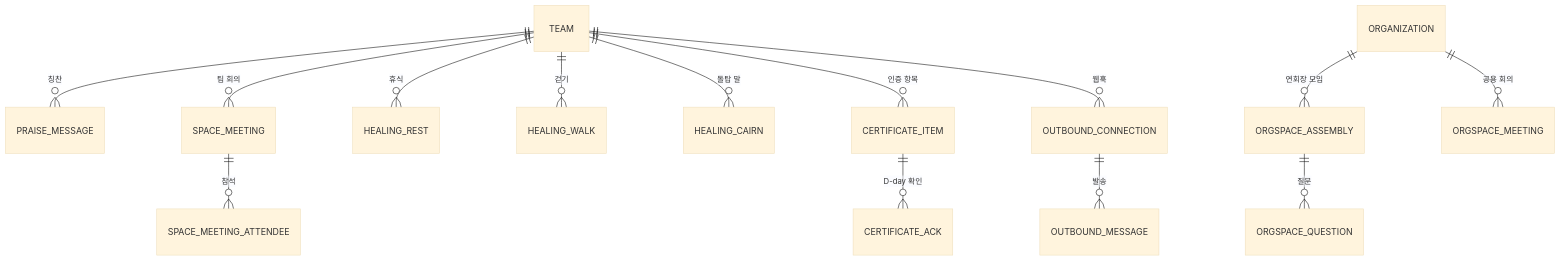
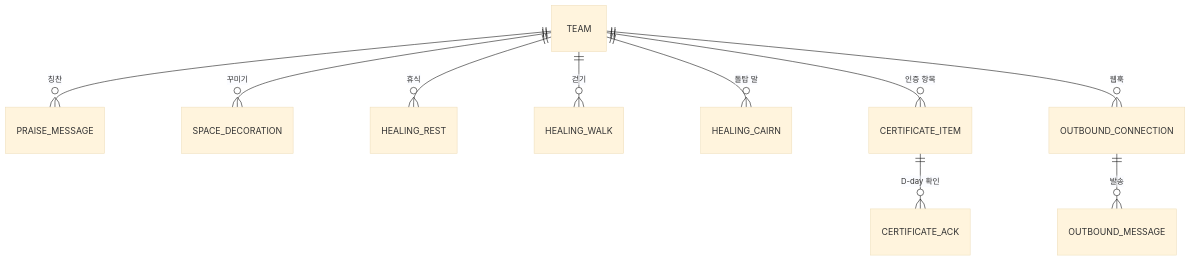
The sixth of 6 diagrams in docs/domain/model.md (poseybutter/reberu), drawn with Mermaid (base theme) before and after one commit. The commit also changed other lines of this file and 11 other files, not shown here.

````diff
--- a/docs/domain/model.md
+++ b/docs/domain/model.md
@@ -595,16 +604,12 @@
 ```mermaid
 erDiagram
     TEAM ||--o{ PRAISE_MESSAGE : "칭찬"
-    TEAM ||--o{ SPACE_MEETING : "팀 회의"
-    SPACE_MEETING ||--o{ SPACE_MEETING_ATTENDEE : "참석"
+    TEAM ||--o{ SPACE_DECORATION : "꾸미기"
     TEAM ||--o{ HEALING_REST : "휴식"
     TEAM ||--o{ HEALING_WALK : "걷기"
     TEAM ||--o{ HEALING_CAIRN : "돌탑 말"
     TEAM ||--o{ CERTIFICATE_ITEM : "인증 항목"
     CERTIFICATE_ITEM ||--o{ CERTIFICATE_ACK : "D-day 확인"
     TEAM ||--o{ OUTBOUND_CONNECTION : "웹훅"
     OUTBOUND_CONNECTION ||--o{ OUTBOUND_MESSAGE : "발송"
-    ORGANIZATION ||--o{ ORGSPACE_ASSEMBLY : "연회장 모임"
-    ORGSPACE_ASSEMBLY ||--o{ ORGSPACE_QUESTION : "질문"
-    ORGANIZATION ||--o{ ORGSPACE_MEETING : "공용 회의"
 ```
````
